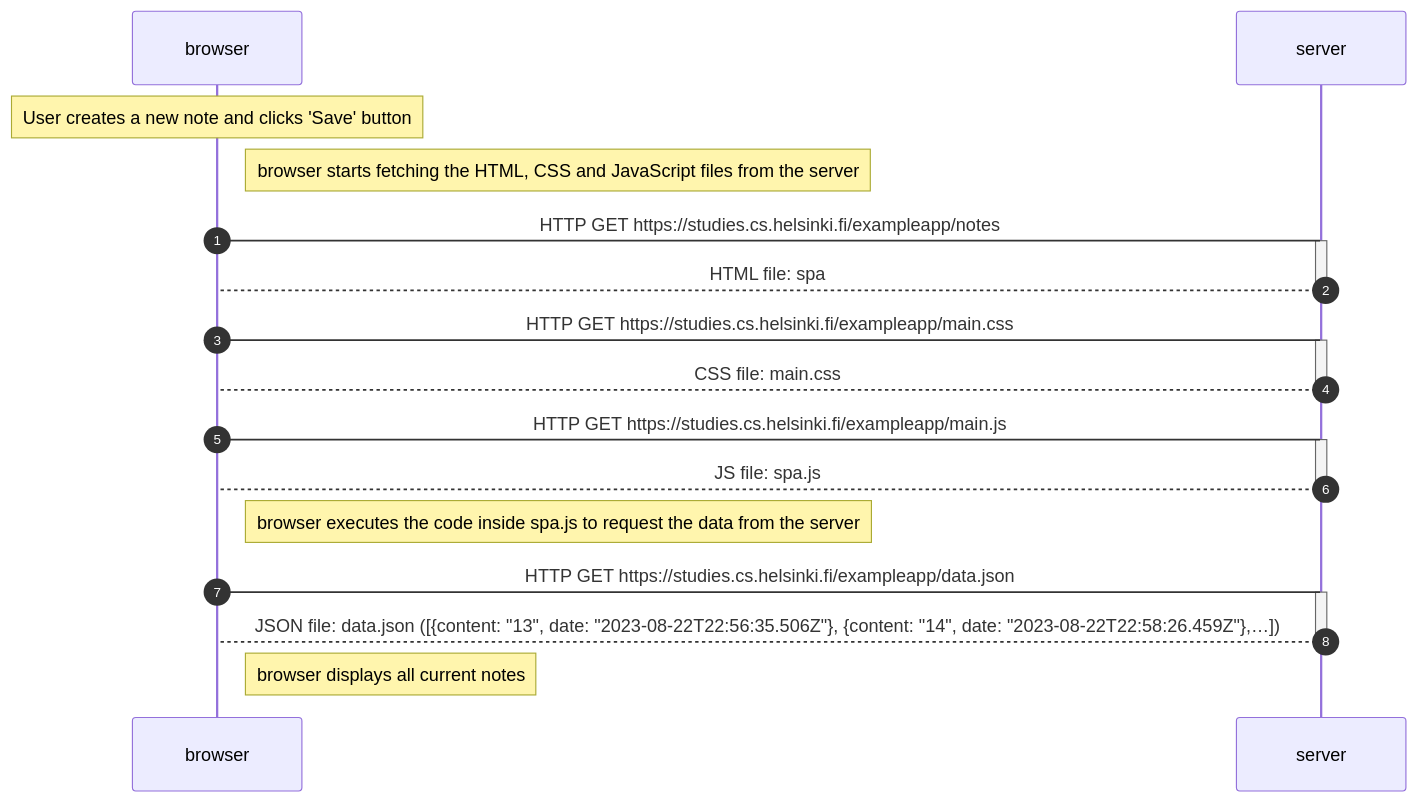
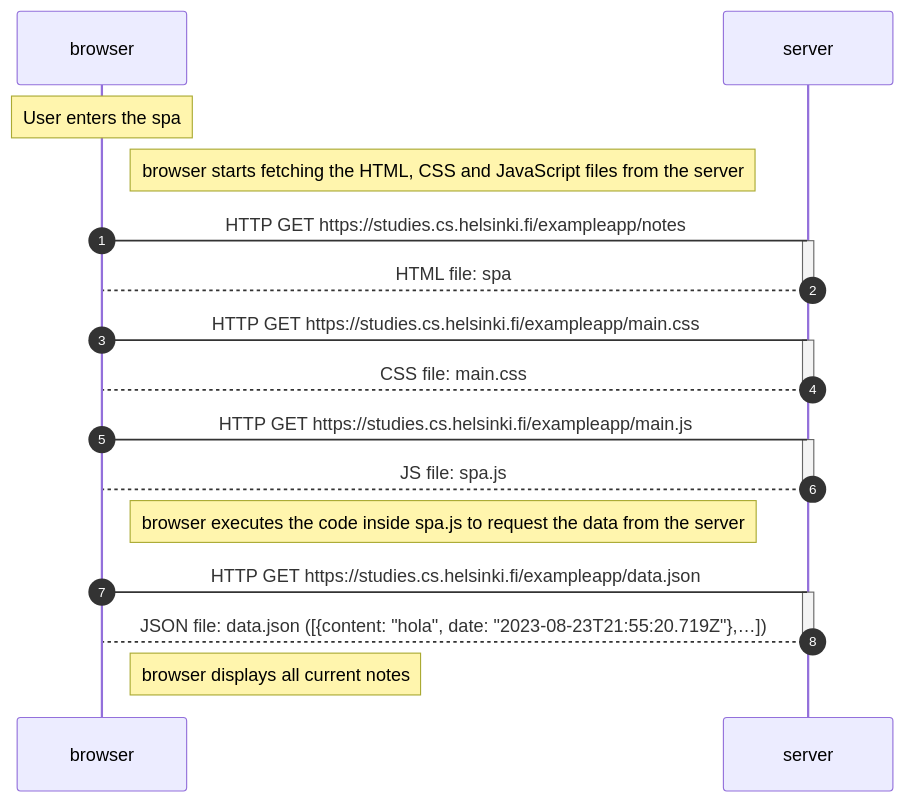
Before and after one commit to MarFdez/fullstackopen_course: the diagram in part0/0.5_userspa.md, drawn with Mermaid.

Commit message:
0.5 - corrected sentence

````diff
--- a/part0/0.5_userspa.md
+++ b/part0/0.5_userspa.md
@@ -4,25 +4,25 @@
 ```mermaid
     sequenceDiagram
     autonumber
-note over browser: User creates a new note and clicks 'Save' button
+note over browser: User enters the spa
 
 note right of browser: browser starts fetching the HTML, CSS and JavaScript files from the server 
 browser->server: HTTP GET https://studies.cs.helsinki.fi/exampleapp/notes
 activate server
 server-->browser: HTML file: spa
 deactivate server
 browser->server: HTTP GET https://studies.cs.helsinki.fi/exampleapp/main.css
 activate server
 server-->browser: CSS file: main.css
 deactivate server
 browser->server: HTTP GET https://studies.cs.helsinki.fi/exampleapp/main.js
 activate server
 server-->browser: JS file: spa.js
 deactivate server
 note right of browser: browser executes the code inside spa.js to request the data from the server 
 browser->server: HTTP GET https://studies.cs.helsinki.fi/exampleapp/data.json
 activate server
-server-->browser: JSON file: data.json ([{content: "13", date: "2023-08-22T22:56:35.506Z"}, {content: "14", date: "2023-08-22T22:58:26.459Z"},…])
+server-->browser: JSON file: data.json ([{content: "hola", date: "2023-08-23T21:55:20.719Z"},…])
 deactivate server
 note right of browser: browser displays all current notes
 ```
````
